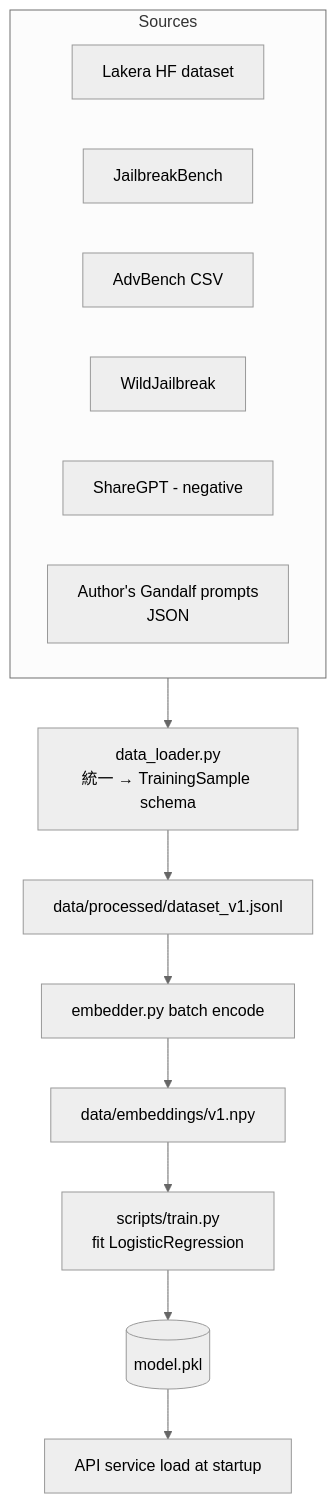
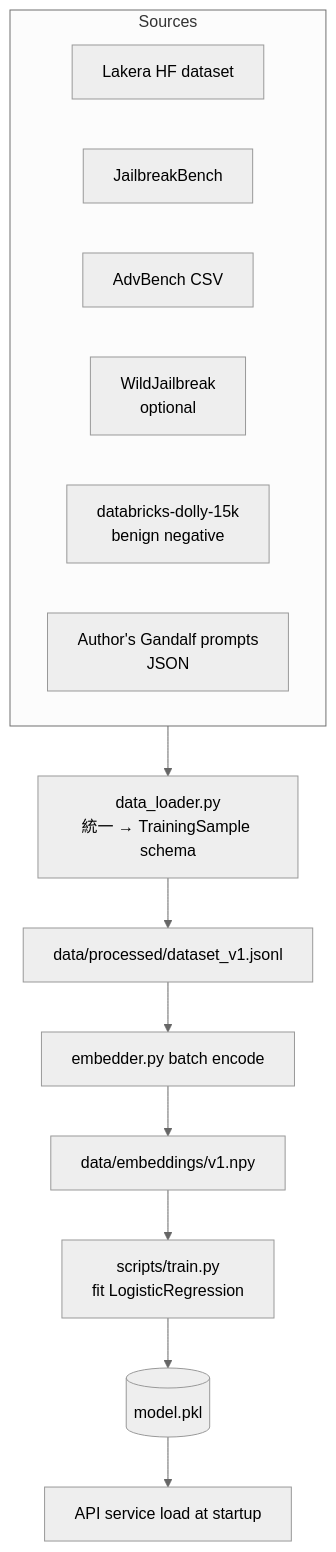
The second of 4 diagrams in docs/flow/system_flow.md (GGaryyy/prompt-injection-detector), drawn with Mermaid (neutral theme) before and after one commit. The commit also changed 1 other file, not shown here.

Commit message:
chore: align project version and correct dataset flow doc
pyproject was still at the 0.0.1 skeleton default while the shipped
gateway is v1.0; bump to 1.0.0 so the package version matches the
product. Fix docs/flow/system_flow.md training-data diagram, which
listed ShareGPT (never used) and an unlabelled WildJailbreak — the
actual negative source is databricks-dolly-15k and WildJailbreak is
an optional loader.

````diff
--- a/docs/flow/system_flow.md
+++ b/docs/flow/system_flow.md
@@ -34,19 +34,19 @@
 ```mermaid
 flowchart TB
     subgraph Sources
         Lakera[Lakera HF dataset]
         JBB[JailbreakBench]
         AdvBench[AdvBench CSV]
-        Wild[WildJailbreak]
-        Share[ShareGPT - negative]
+        Wild[WildJailbreak<br/>optional]
+        Dolly[databricks-dolly-15k<br/>benign negative]
         Gandalf[Author's Gandalf prompts<br/>JSON]
     end
 
     Sources --> Loader[data_loader.py<br/>統一 → TrainingSample schema]
     Loader --> JSONL[data/processed/dataset_v1.jsonl]
     JSONL --> EmbedBatch[embedder.py batch encode]
     EmbedBatch --> Cache[data/embeddings/v1.npy]
     Cache --> Train[scripts/train.py<br/>fit LogisticRegression]
     Train --> Model[(model.pkl)]
     Model --> Service[API service load at startup]
 ```
````
